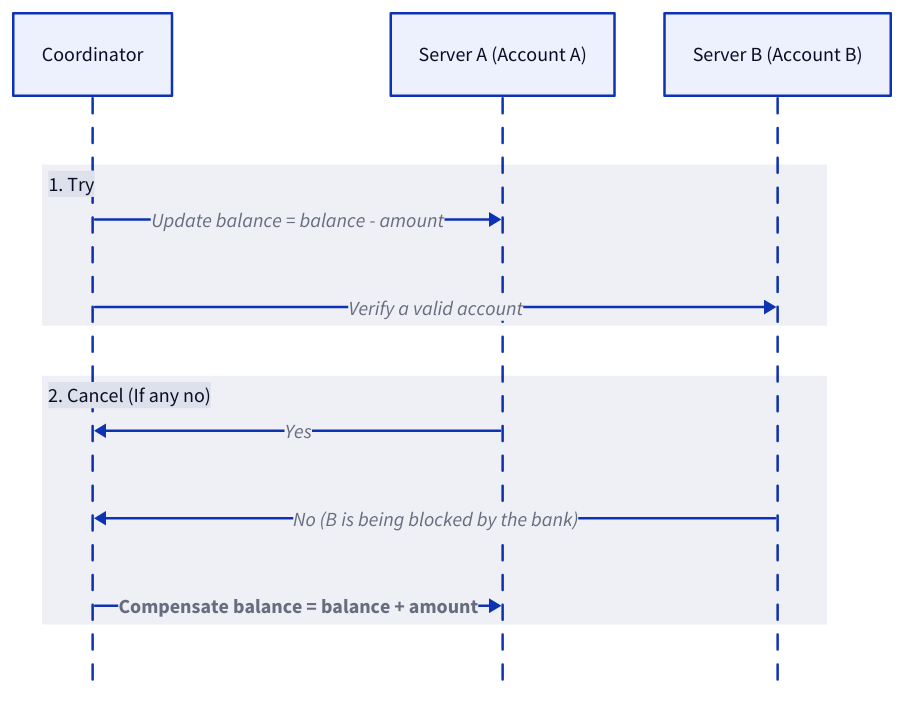
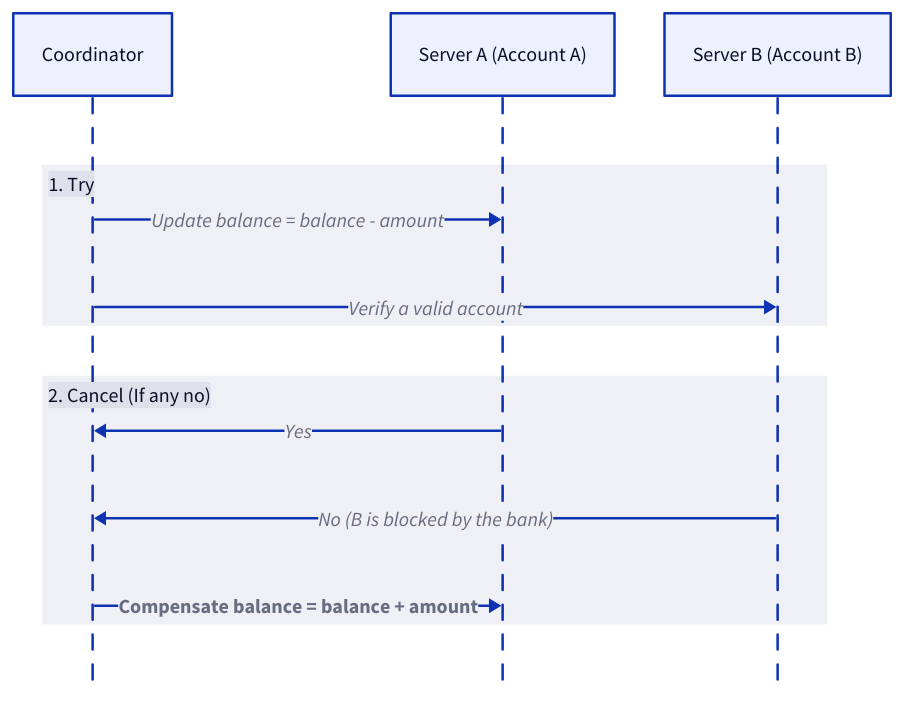
One commit to link1905/system-design-101 changed the third of 19 diagrams in content/design-patterns/distributed-transaction/compensation-protocols.md. Above: the diagram before and after it, drawn with D2. The commit also changed other lines of this file and 42 other files, not shown here.

````diff
--- a/content/design-patterns/distributed-transaction/compensation-protocols.md
+++ b/content/design-patterns/distributed-transaction/compensation-protocols.md
@@ -104,28 +104,28 @@
 ```d2
 shape: sequence_diagram
 
 c: Coordinator {
     class: server
 }
 s1: Server A (Account A) {
     class: db
 }
 s2: Server B (Account B) {
     class: db
 }
 
 "1. Try" {
     c -> s1: Update balance = balance - amount
     c -> s2: Verify a valid account
 }
 
 "2. Cancel (If any no)" {
     s1 -> c: Yes
-    s2 -> c: No (B is being blocked by the bank){
+    s2 -> c: No (B is blocked by the bank) {
         class: error-conn
     }
     c -> s1: Compensate balance = balance + amount {
         style.bold: true
     }
 }
 ```
````
